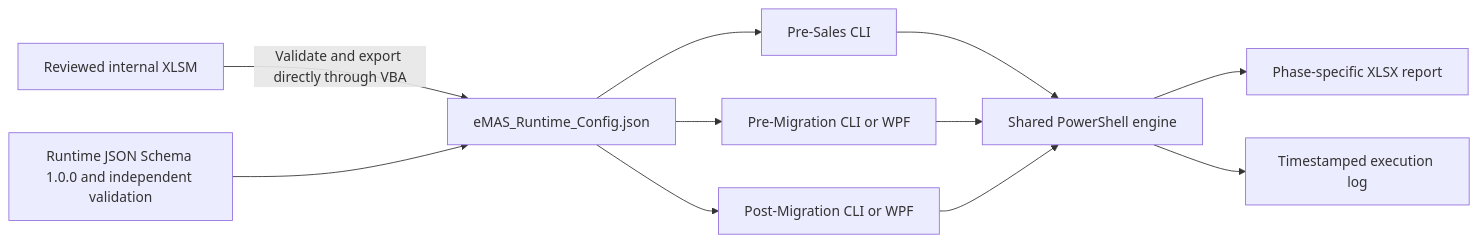
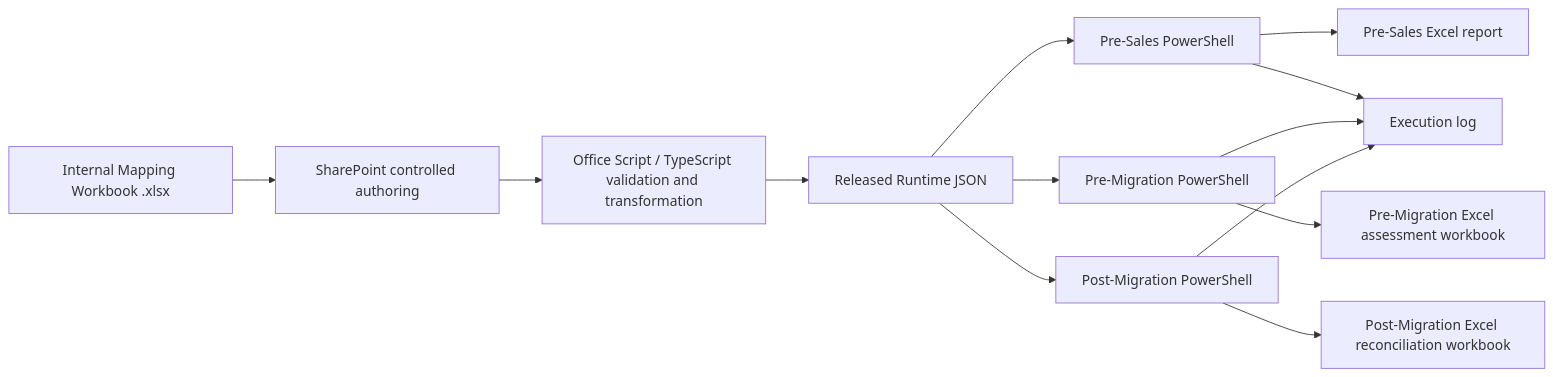
One commit to MightyM-ouse/eMAS changed the diagram in README.md. Above: the diagram before and after it, drawn with Mermaid. The commit also changed other lines of this file, not shown here.

Commit message:
Align README with v5 scenario-driven Excel/SharePoint requirements

````diff
--- a/README.md
+++ b/README.md
@@ -11,13 +35,15 @@
 ```mermaid
 flowchart LR
-    A[Reviewed internal XLSM] -->|Validate and export directly through VBA| B[eMAS_Runtime_Config.json]
-    S[Runtime JSON Schema 1.0.0 and independent validation] --> B
-    B --> C[Pre-Sales CLI]
-    B --> D[Pre-Migration CLI or WPF]
-    B --> E[Post-Migration CLI or WPF]
-    C --> F[Shared PowerShell engine]
-    D --> F
-    E --> F
-    F --> G[Phase-specific XLSX report]
-    F --> H[Timestamped execution log]
+    A[Internal Mapping Workbook .xlsx] --> B[SharePoint controlled authoring]
+    B --> C[Office Script / TypeScript validation and transformation]
+    C --> D[Released Runtime JSON]
+    D --> E[Pre-Sales PowerShell]
+    D --> F[Pre-Migration PowerShell]
+    D --> G[Post-Migration PowerShell]
+    E --> H[Pre-Sales Excel report]
+    F --> I[Pre-Migration Excel assessment workbook]
+    G --> J[Post-Migration Excel reconciliation workbook]
+    E --> K[Execution log]
+    F --> K
+    G --> K
 ```
````
